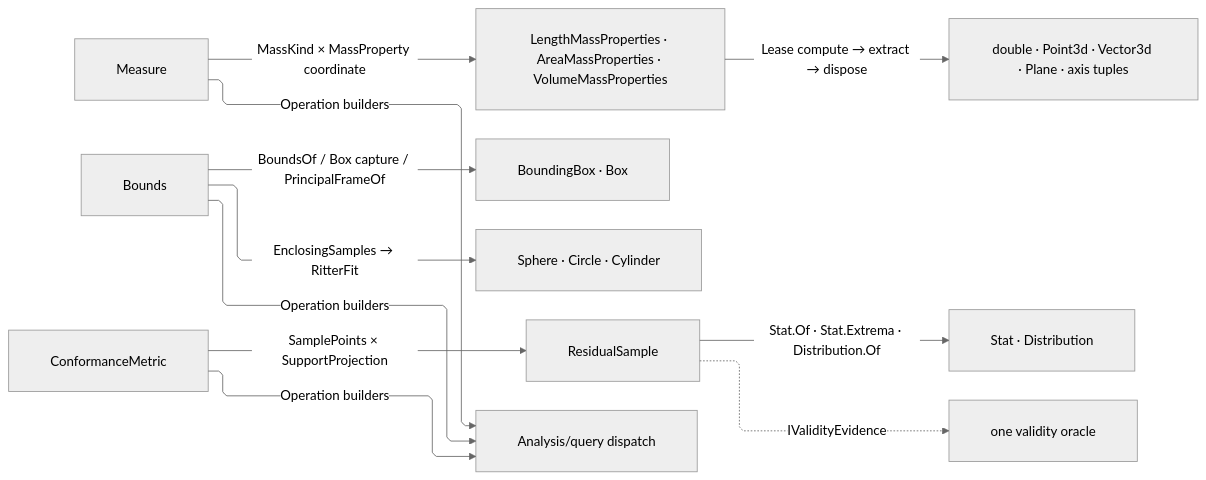
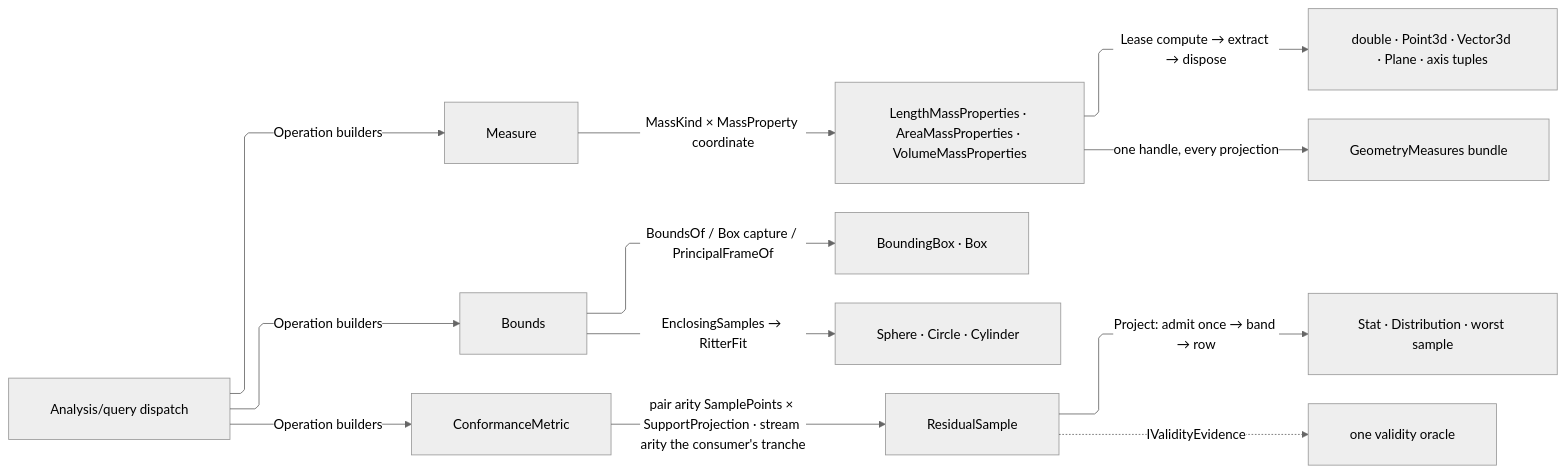
One commit to bsamiee/Rasm changed the diagram in libs/csharp/Rasm/.planning/Analysis/measure.md. Above: the diagram before and after it, drawn with Mermaid (neutral theme). The commit also changed other lines of this file and 693 other files, not shown here.

````diff
--- a/libs/csharp/Rasm/.planning/Analysis/measure.md
+++ b/libs/csharp/Rasm/.planning/Analysis/measure.md
@@ -647,18 +728,21 @@
 ```mermaid
 ---
 config:
   layout: elk
   flowchart:
     curve: linear
     padding: 25
 ---
 flowchart LR
+    accTitle: Mass, bounds, and conformance measurement fan
+    accDescr: The query dispatch forwarding into the three family builders, the mass coordinate resolving length, area, and volume properties into one bundle of projections, bounds yielding boxes and fitted solids, and conformance folding residuals into statistics under the validity oracle from either a sampled pair or a consumer's measured tranche.
+    Query[Analysis/query dispatch] -->|Operation builders| Measure & Bounds & ConformanceMetric
     Measure -->|MassKind × MassProperty coordinate| MassOps[LengthMassProperties · AreaMassProperties · VolumeMassProperties]
     MassOps -->|Lease compute → extract → dispose| Projections[double · Point3d · Vector3d · Plane · axis tuples]
+    MassOps -->|one handle, every projection| GeometryMeasures[GeometryMeasures bundle]
     Bounds -->|BoundsOf / Box capture / PrincipalFrameOf| Boxes[BoundingBox · Box]
     Bounds -->|EnclosingSamples → RitterFit| Solids[Sphere · Circle · Cylinder]
-    ConformanceMetric -->|SamplePoints × SupportProjection| ResidualSample
-    ResidualSample -->|Stat.Of · Stat.Extrema · Distribution.Of| Statistics[Stat · Distribution]
+    ConformanceMetric -->|pair arity SamplePoints × SupportProjection · stream arity the consumer's tranche| ResidualSample
+    ResidualSample -->|Project: admit once → band → row| Statistics[Stat · Distribution · worst sample]
     ResidualSample -.->|IValidityEvidence| Oracle[one validity oracle]
-    Measure & Bounds & ConformanceMetric -->|Operation builders| Query[Analysis/query dispatch]
 ```
````
